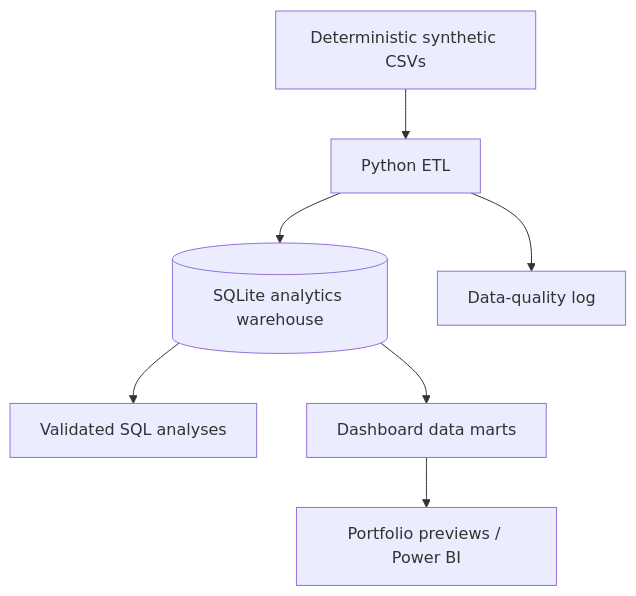
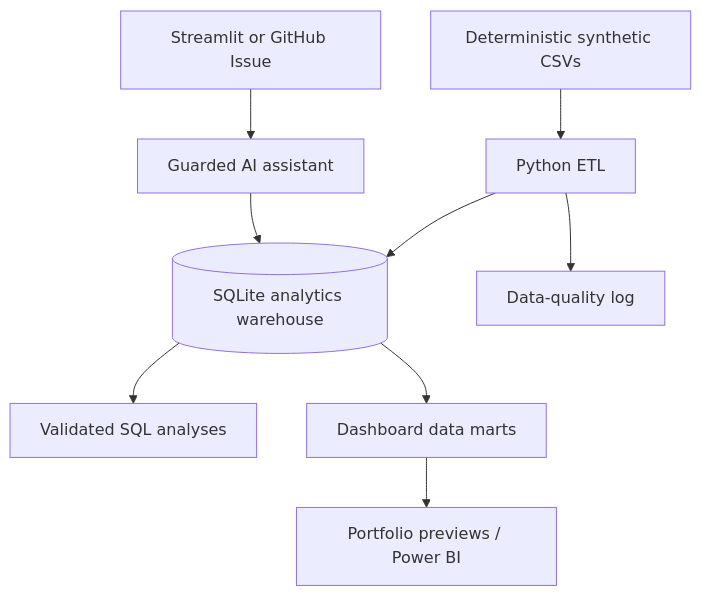
Before and after one commit to raghuvardhan-mutha/healthcare-claims-analytics: the diagram in README.md, drawn with Mermaid. The commit also changed other lines of this file and 17 other files, not shown here.

Commit message:
Add guarded AI claims assistant

````diff
--- a/README.md
+++ b/README.md
@@ -48,9 +85,11 @@
 ```mermaid
 flowchart TD
     A[Deterministic synthetic CSVs] --> B[Python ETL]
     B --> C[(SQLite analytics warehouse)]
     C --> D[Validated SQL analyses]
     C --> E[Dashboard data marts]
     E --> F[Portfolio previews / Power BI]
     B --> G[Data-quality log]
+    H[Streamlit or GitHub Issue] --> I[Guarded AI assistant]
+    I --> C
 ```
````
